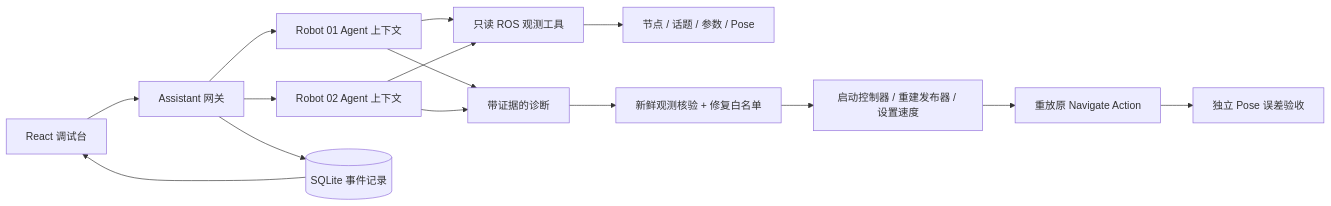
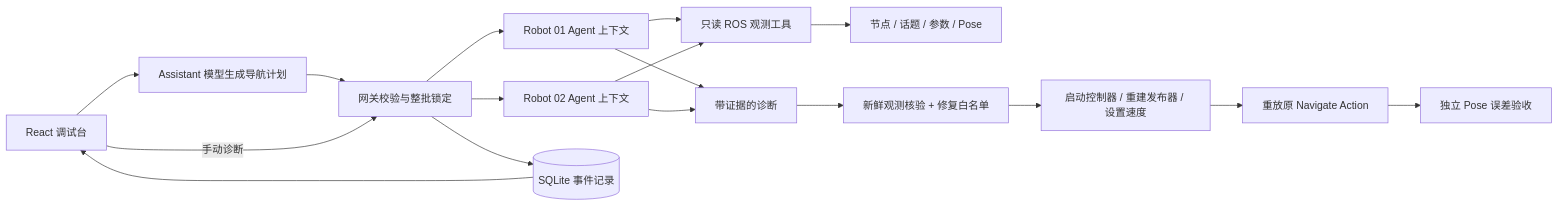
One commit to SeeWhy-star/robot-debug-lab changed the diagram in docs/architecture.md. Above: the diagram before and after it, drawn with Mermaid. The commit also changed other lines of this file and 30 other files, not shown here.

````diff
--- a/docs/architecture.md
+++ b/docs/architecture.md
@@ -5,17 +5,19 @@
 ```mermaid
 flowchart LR
-  UI[React 调试台] --> Gateway[Assistant 网关]
+  UI[React 调试台] --> Supervisor[Assistant 模型生成导航计划]
+  Supervisor --> Gateway[网关校验与整批锁定]
+  UI -->|手动诊断| Gateway
   Gateway --> A1[Robot 01 Agent 上下文]
   Gateway --> A2[Robot 02 Agent 上下文]
   A1 --> Tools[只读 ROS 观测工具]
   A2 --> Tools
   Tools --> ROS[节点 / 话题 / 参数 / Pose]
   A1 --> Diagnosis[带证据的诊断]
   A2 --> Diagnosis
   Diagnosis --> Guard[新鲜观测核验 + 修复白名单]
   Guard --> Repair[启动控制器 / 重建发布器 / 设置速度]
   Repair --> Action[重放原 Navigate Action]
   Action --> Verdict[独立 Pose 误差验收]
   Gateway --> DB[(SQLite 事件记录)]
   DB --> UI
 ```
````
